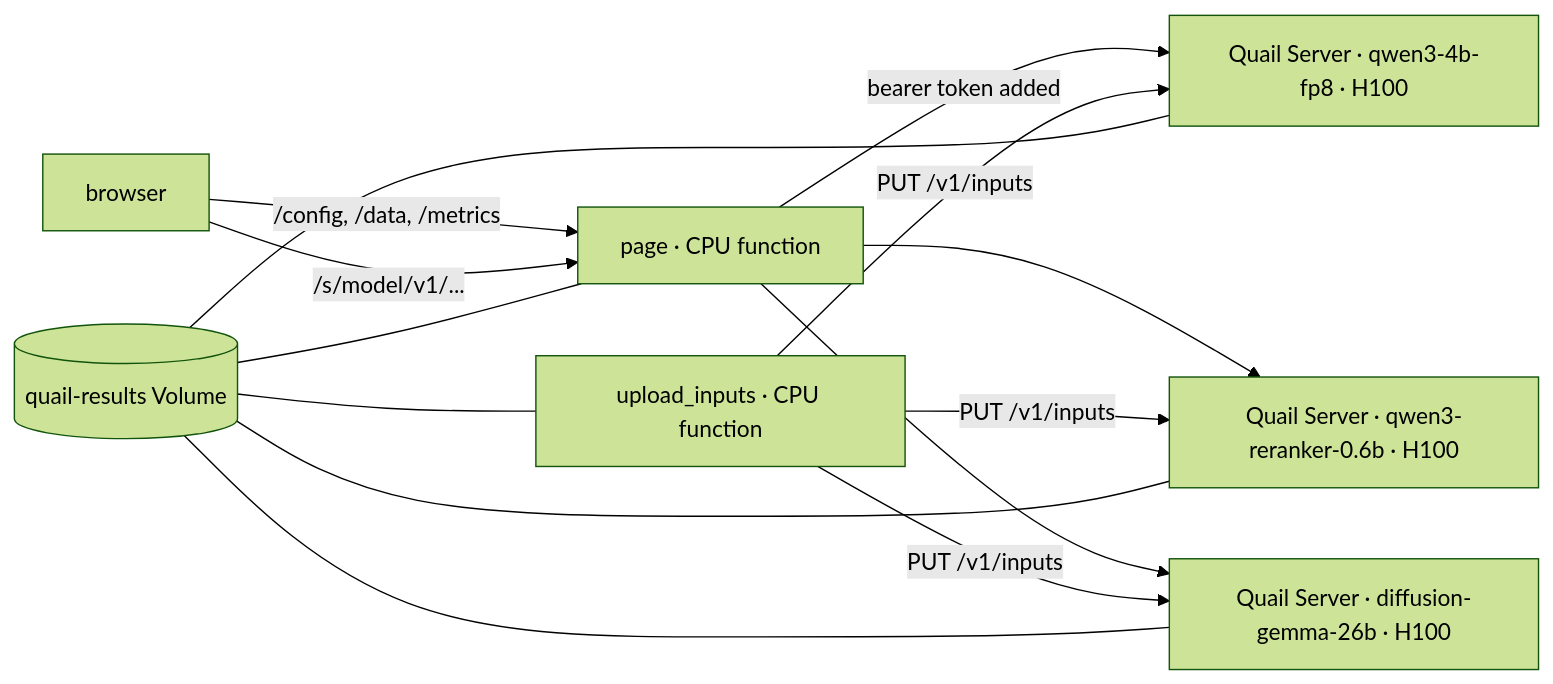
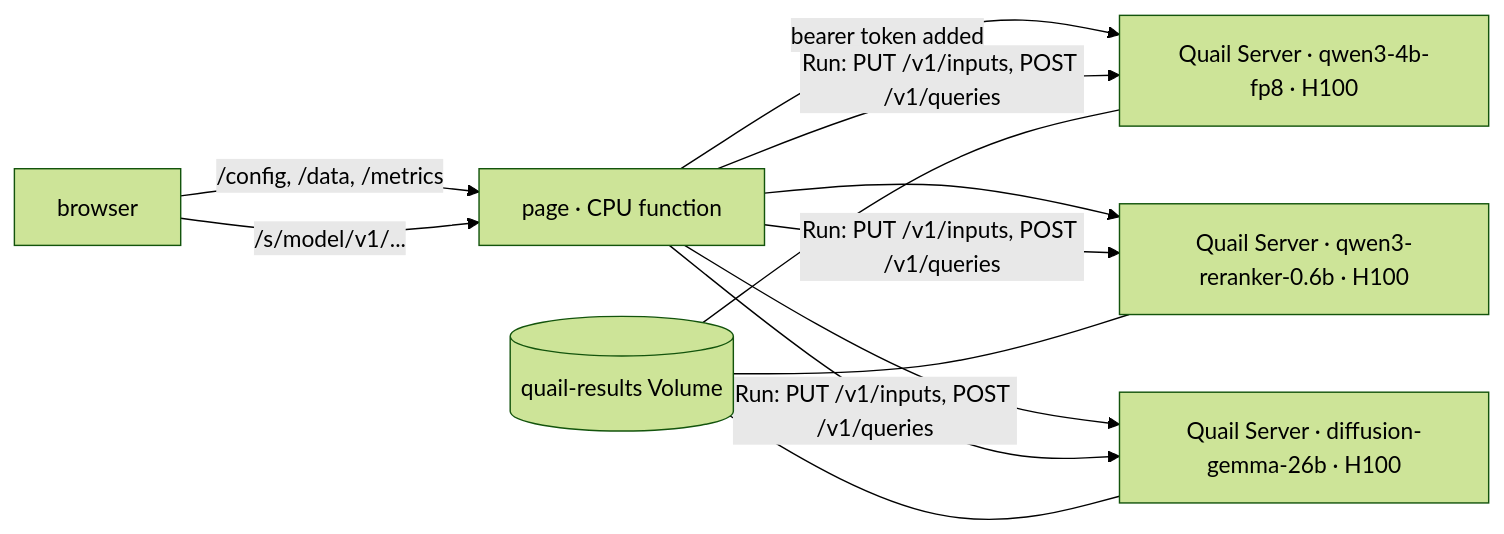
The diagram in README.md (fsdatalab/quail-playground), drawn with Mermaid (forest theme) before and after one commit. The commit also changed other lines of this file and 6 other files, not shown here.

````diff
--- a/README.md
+++ b/README.md
@@ -22,10 +22,10 @@
 ```mermaid
 flowchart LR
   B[browser] -->|/config, /data, /metrics| P[page · CPU function]
   B -->|/s/model/v1/...| P
   P -->|bearer token added| Q1[Quail Server · qwen3-4b-fp8 · H100]
   P --> Q2[Quail Server · qwen3-reranker-0.6b · H100]
   P --> Q3[Quail Server · diffusion-gemma-26b · H100]
-  U[upload_inputs · CPU function] -->|PUT /v1/inputs| Q1 & Q2 & Q3
-  V[(quail-results Volume)] --- P & U & Q1 & Q2 & Q3
+  P -->|Run: PUT /v1/inputs, POST /v1/queries| Q1 & Q2 & Q3
+  V[(quail-results Volume)] --- Q1 & Q2 & Q3
 ```
````
